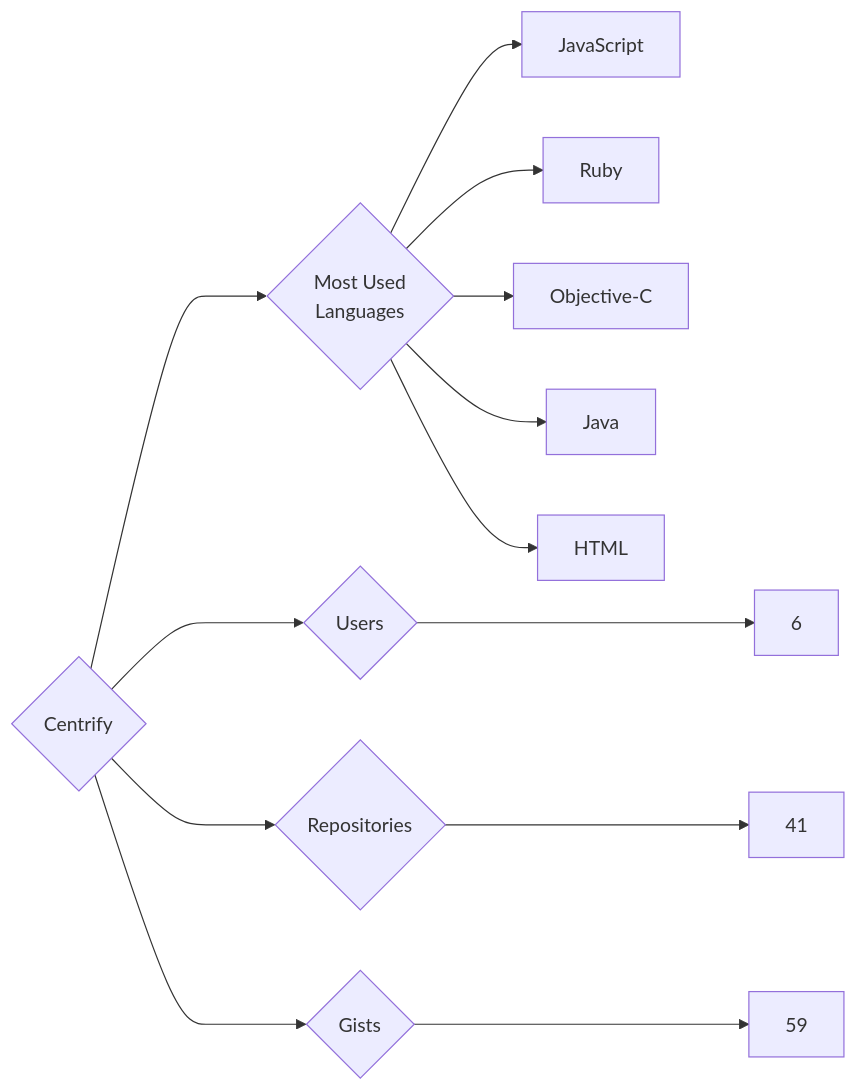
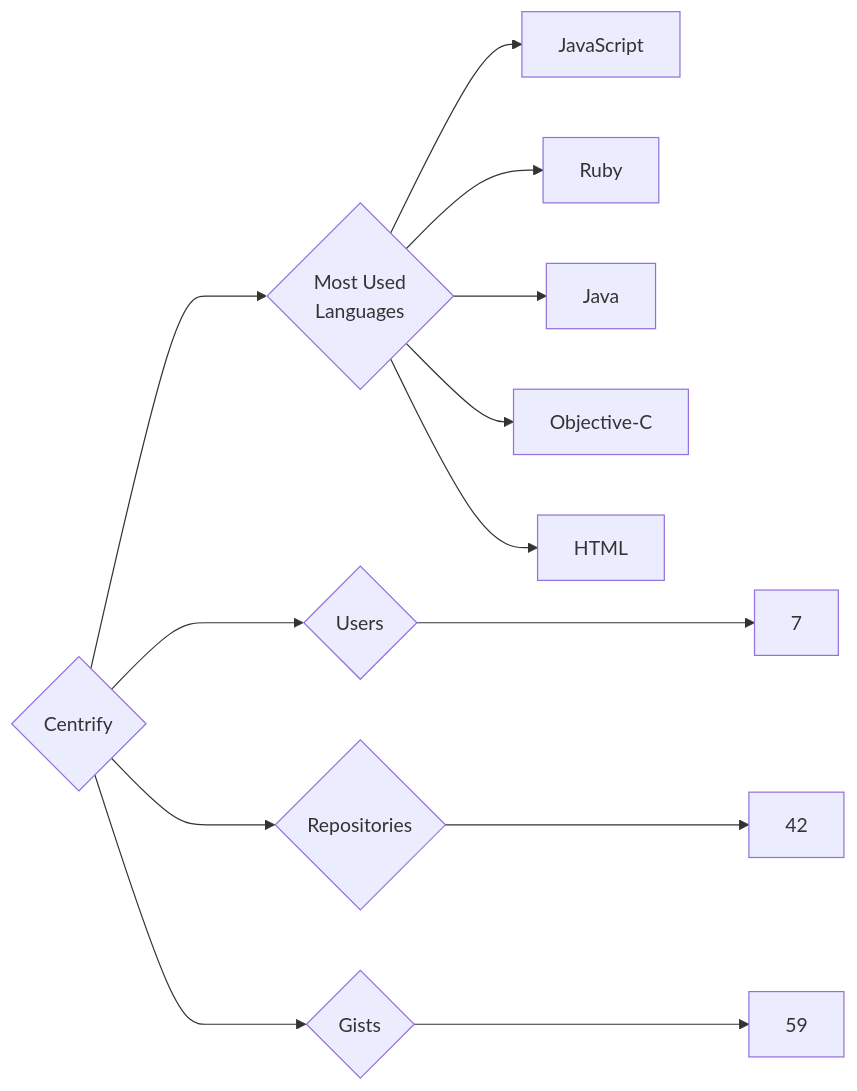
Before and after one commit to trickest/insiders: the diagram in targets/Centrify/README.md, drawn with Mermaid. The commit also changed 873 other files, not shown here.

````diff
--- a/targets/Centrify/README.md
+++ b/targets/Centrify/README.md
@@ -3,13 +3,13 @@
 ```mermaid
 graph LR
 COMPANY_NAME{Centrify}
-COMPANY_NAME ---> U{Users} ---> UN[6]
-COMPANY_NAME ---> R{Repositories} ---> RN[41]
+COMPANY_NAME ---> U{Users} ---> UN[7]
+COMPANY_NAME ---> R{Repositories} ---> RN[42]
 COMPANY_NAME ---> G{Gists} ---> GN[59]
 COMPANY_NAME ---> ML{Most Used<br>Languages}
 ML --> JavaScript[JavaScript]
 ML --> Ruby[Ruby]
+ML --> Java[Java]
 ML --> Objective-C[Objective-C]
-ML --> Java[Java]
 ML --> HTML[HTML]
 ```
````
